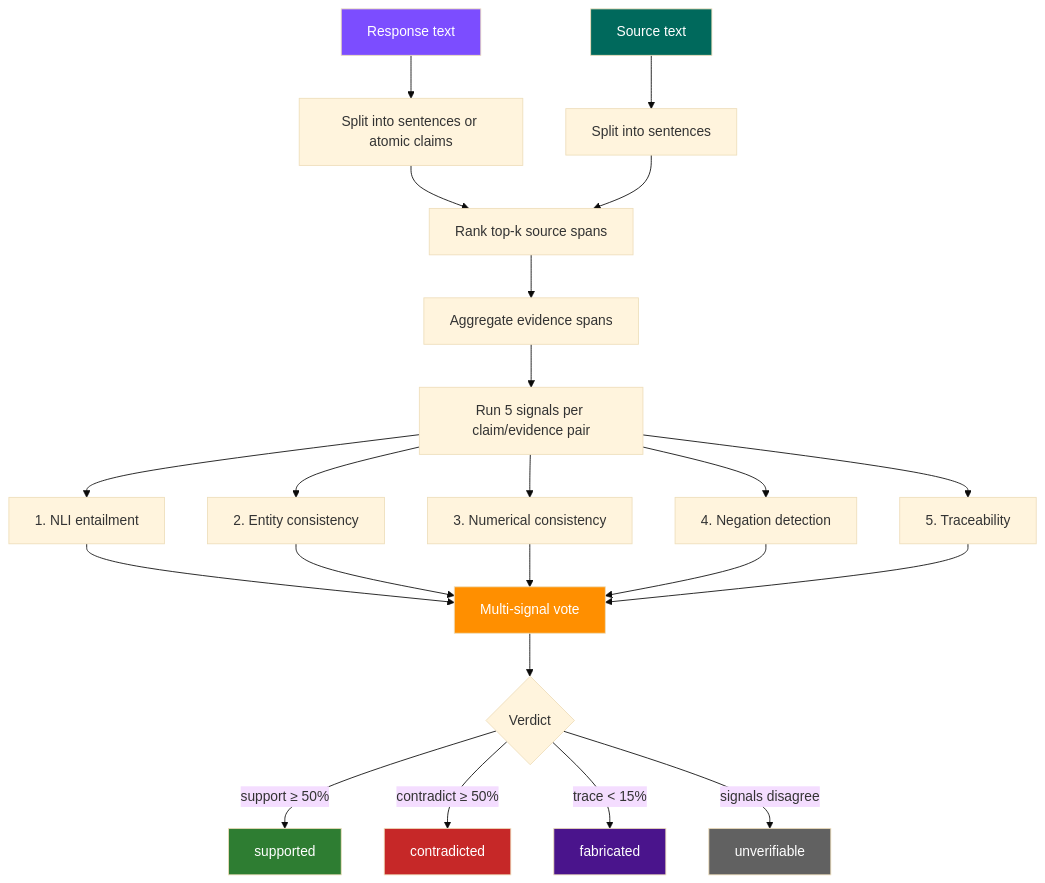
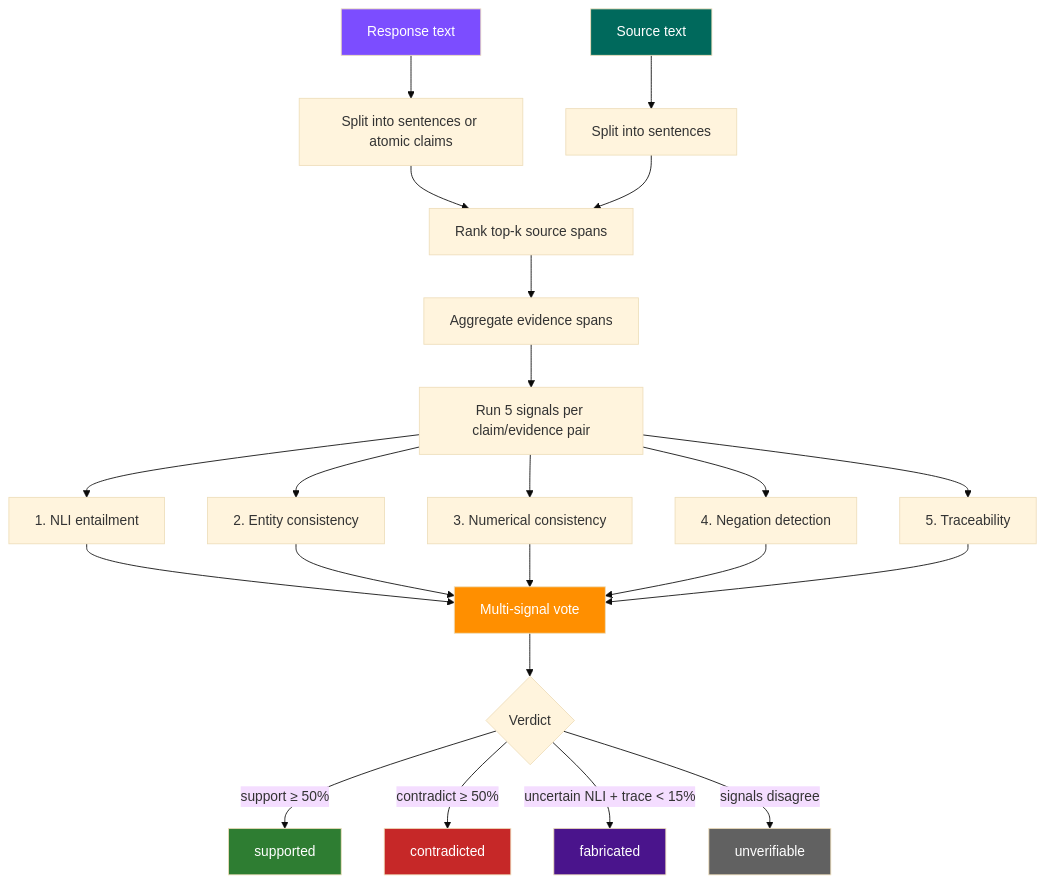
One commit to anulum/director-ai changed the first of 2 diagrams in docs-site/api/verified-scorer.md. Above: the diagram before and after it, drawn with Mermaid (base theme). The commit also changed other lines of this file and 2 other files, not shown here.

````diff
--- a/docs-site/api/verified-scorer.md
+++ b/docs-site/api/verified-scorer.md
@@ -11,32 +11,32 @@
 ```mermaid
 graph TD
     R["Response text"] --> SPLIT_R["Split into sentences or atomic claims"]
     S["Source text"] --> SPLIT_S["Split into sentences"]
     SPLIT_R --> MATCH["Rank top-k source spans"]
     SPLIT_S --> MATCH
     MATCH --> AGG["Aggregate evidence spans"]
     AGG --> SIG["Run 5 signals per claim/evidence pair"]
     SIG --> NLI["1. NLI entailment"]
     SIG --> ENT["2. Entity consistency"]
     SIG --> NUM["3. Numerical consistency"]
     SIG --> NEG["4. Negation detection"]
     SIG --> TRC["5. Traceability"]
     NLI --> VOTE["Multi-signal vote"]
     ENT --> VOTE
     NUM --> VOTE
     NEG --> VOTE
     TRC --> VOTE
     VOTE --> VER{Verdict}
     VER -->|"support ≥ 50%"| SUP["supported"]
     VER -->|"contradict ≥ 50%"| CON["contradicted"]
-    VER -->|"trace < 15%"| FAB["fabricated"]
+    VER -->|"uncertain NLI + trace < 15%"| FAB["fabricated"]
     VER -->|"signals disagree"| UNV["unverifiable"]
 
     style R fill:#7c4dff,color:#fff
     style S fill:#00695c,color:#fff
     style VOTE fill:#ff8f00,color:#fff
     style SUP fill:#2e7d32,color:#fff
     style CON fill:#c62828,color:#fff
     style FAB fill:#4a148c,color:#fff
     style UNV fill:#616161,color:#fff
 ```
````
